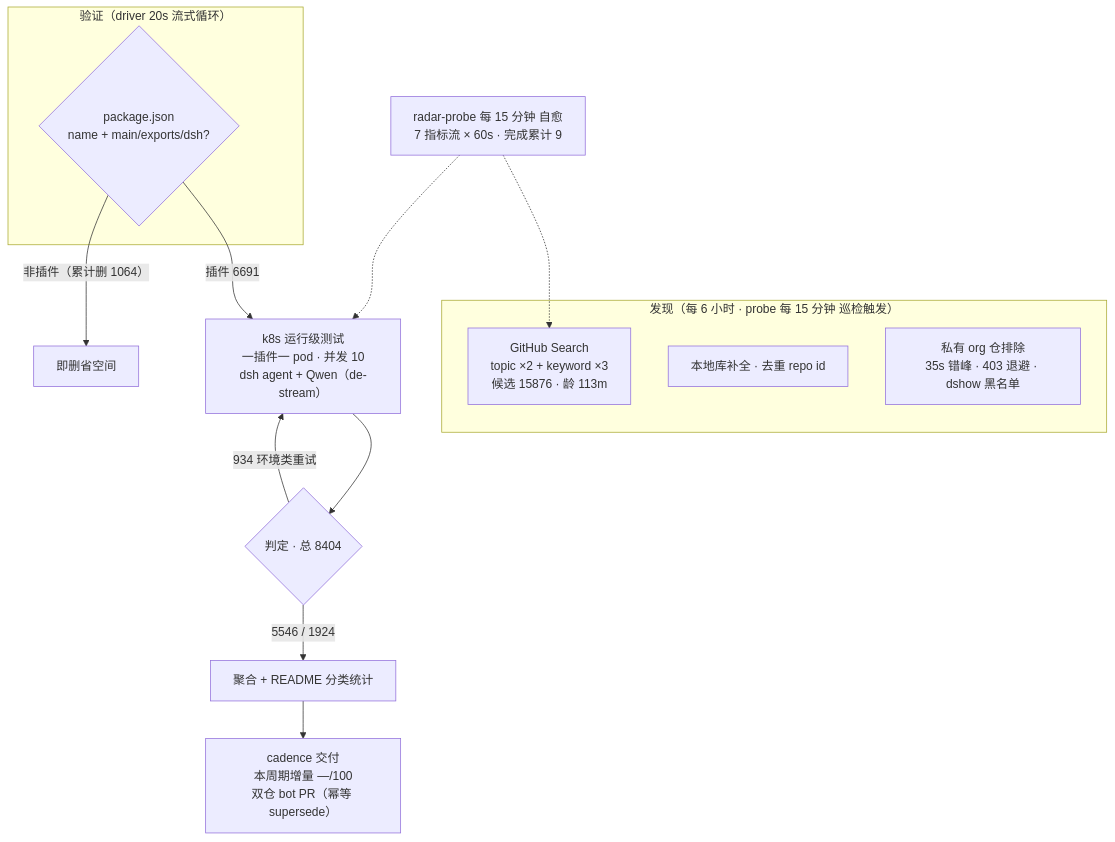
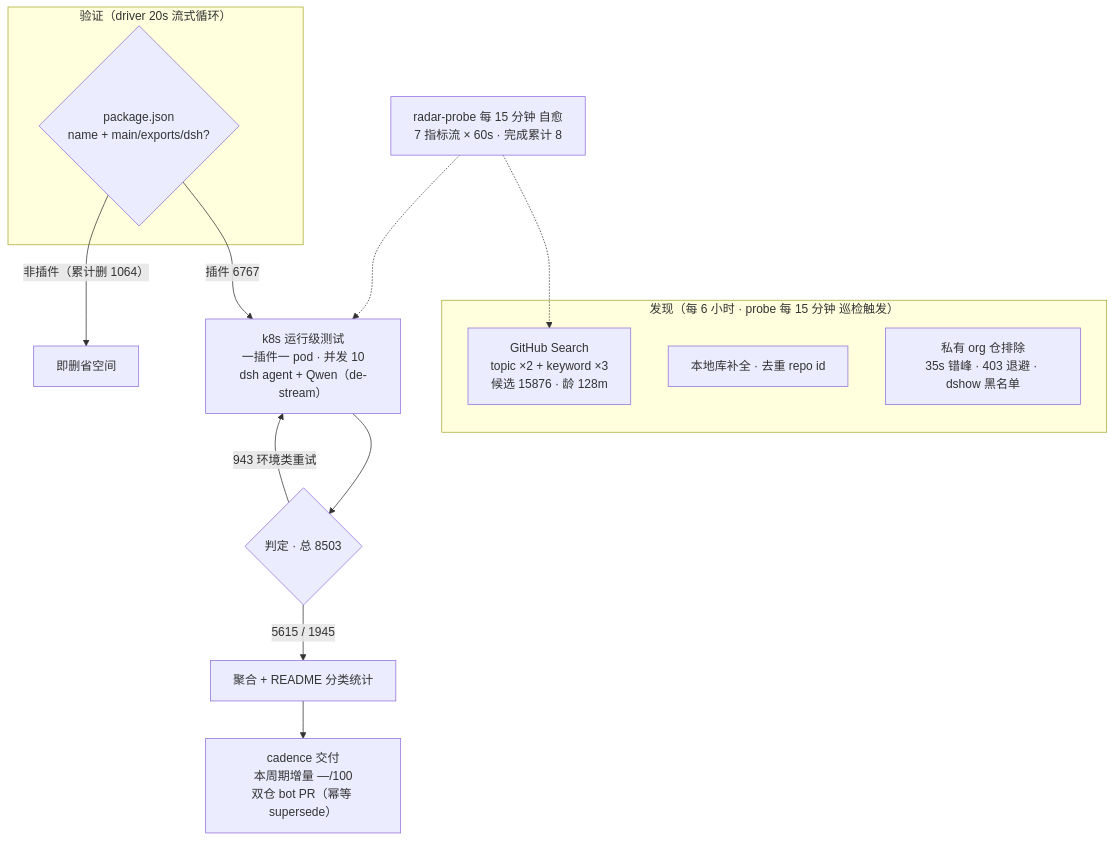
Before and after one commit to Zhidao-Lab-OSS/awesome-dsh-plugins: the diagram in README.md, drawn with Mermaid. The commit also changed other lines of this file and 1 other file, not shown here.

````diff
--- a/README.md
+++ b/README.md
@@ -37,20 +37,20 @@
 ```mermaid
 flowchart TB
     subgraph Discovery["发现（每 6 小时 · probe 每 15 分钟 巡检触发）"]
-        A1["GitHub Search<br/>topic ×2 + keyword ×3<br/>候选 15876 · 龄 113m"]
+        A1["GitHub Search<br/>topic ×2 + keyword ×3<br/>候选 15876 · 龄 128m"]
         A2["本地库补全 · 去重 repo id"]
         A3["私有 org 仓排除<br/>35s 错峰 · 403 退避 · dshow 黑名单"]
     end
     subgraph Validation["验证（driver 20s 流式循环）"]
         B1{"package.json<br/>name + main/exports/dsh?"}
     end
-    B1 -->|"插件 6691"| C1["k8s 运行级测试<br/>一插件一 pod · 并发 10<br/>dsh agent + Qwen（de-stream）"]
+    B1 -->|"插件 6767"| C1["k8s 运行级测试<br/>一插件一 pod · 并发 10<br/>dsh agent + Qwen（de-stream）"]
     B1 -->|"非插件（累计删 1064）"| B3["即删省空间"]
-    C1 --> D1{"判定 · 总 8404"}
-    D1 -->|"5546 / 1924"| E1["聚合 + README 分类统计"]
-    D1 -->|"934 环境类重试"| C1
+    C1 --> D1{"判定 · 总 8503"}
+    D1 -->|"5615 / 1945"| E1["聚合 + README 分类统计"]
+    D1 -->|"943 环境类重试"| C1
     E1 --> E2["cadence 交付<br/>本周期增量 —/100<br/>双仓 bot PR（幂等 supersede）"]
-    M["radar-probe 每 15 分钟 自愈<br/>7 指标流 × 60s · 完成累计 9"]
+    M["radar-probe 每 15 分钟 自愈<br/>7 指标流 × 60s · 完成累计 8"]
     M -.-> A1
     M -.-> C1
 ```
````
